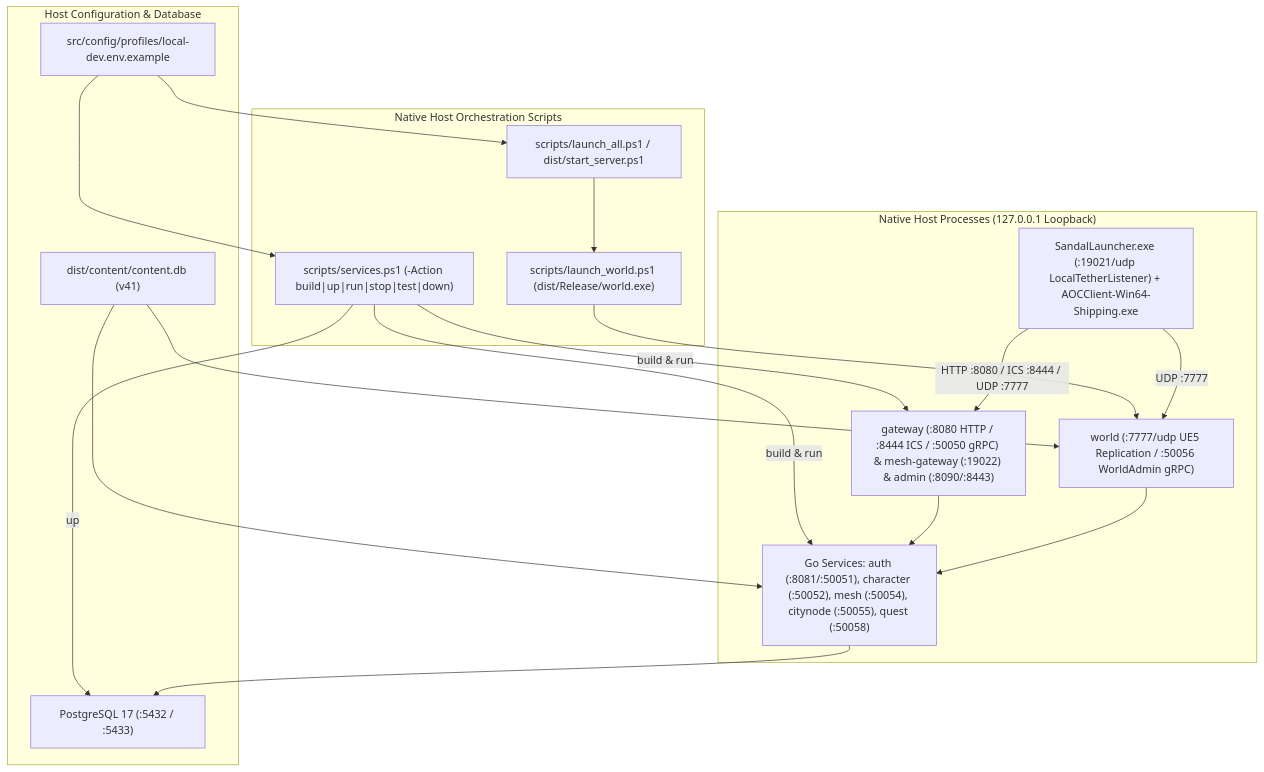
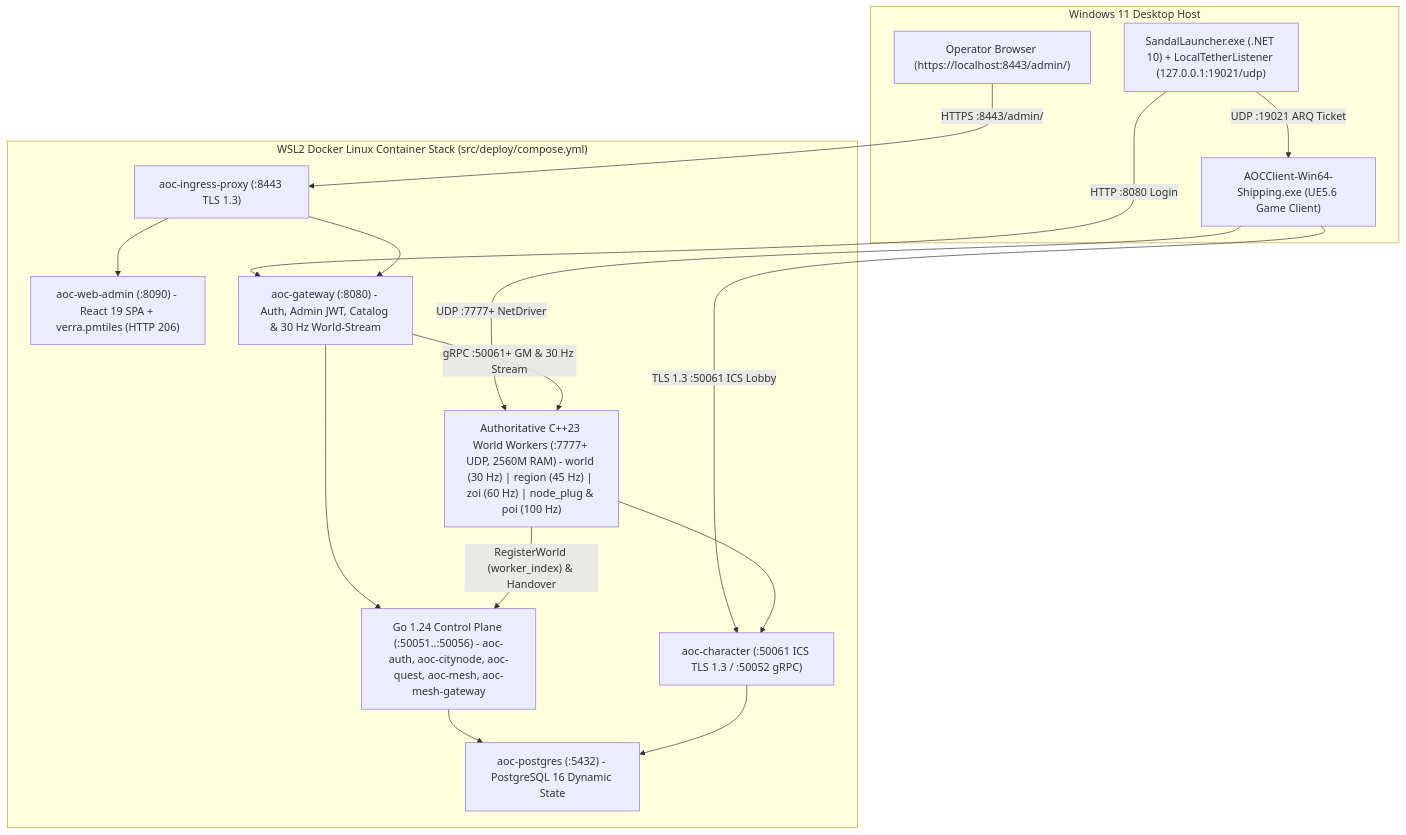
Before and after one commit to debuggin/SandalCore: the second of 2 diagrams in README.md, drawn with Mermaid. The commit also changed other lines of this file and 123 other files, not shown here.

First line of the commit message:
feat(world-admin): add 6-mode partitions, 9x time picker & lv50 seams

````diff
--- a/README.md
+++ b/README.md
@@ -187,36 +146,32 @@
 ```mermaid
-flowchart TD
-    subgraph host_env["Host Configuration & Database"]
-        local_env["src/config/profiles/local-dev.env.example"]
-        pg_host["PostgreSQL 17 (:5432 / :5433)"]
-        content_db["dist/content/content.db (v41)"]
+flowchart TB
+    subgraph WindowsHost["Windows 11 Desktop Host"]
+        UE5["AOCClient-Win64-Shipping.exe (UE5.6 Game Client)"]
+        Launcher["SandalLauncher.exe (.NET 10) + LocalTetherListener (127.0.0.1:19021/udp)"]
+        Browser["Operator Browser (https://localhost:8443/admin/)"]
     end
 
-    subgraph host_scripts["Native Host Orchestration Scripts"]
-        svc_ps1["scripts/services.ps1 (-Action build|up|run|stop|test|down)"]
-        launch_world["scripts/launch_world.ps1 (dist/Release/world.exe)"]
-        launch_all["scripts/launch_all.ps1 / dist/start_server.ps1"]
+    subgraph LinuxContainers["WSL2 Docker Linux Container Stack (src/deploy/compose.yml)"]
+        Ingress["aoc-ingress-proxy (:8443 TLS 1.3)"]
+        WebAdmin["aoc-web-admin (:8090) - React 19 SPA + verra.pmtiles (HTTP 206)"]
+        Gateway["aoc-gateway (:8080) - Auth, Admin JWT, Catalog & 30 Hz World-Stream"]
+        Character["aoc-character (:50061 ICS TLS 1.3 / :50052 gRPC)"]
+        ControlPlane["Go 1.24 Control Plane (:50051..:50056) - aoc-auth, aoc-citynode, aoc-quest, aoc-mesh, aoc-mesh-gateway"]
+        Workers["Authoritative C++23 World Workers (:7777+ UDP, 2560M RAM) - world (30 Hz) | region (45 Hz) | zoi (60 Hz) | node_plug & poi (100 Hz)"]
+        Postgres["aoc-postgres (:5432) - PostgreSQL 16 Dynamic State"]
     end
 
-    subgraph native_procs["Native Host Processes (127.0.0.1 Loopback)"]
-        go_daemons["Go Services: auth (:8081/:50051), character (:50052), mesh (:50054), citynode (:50055), quest (:50058)"]
-        gw_daemon["gateway (:8080 HTTP / :8444 ICS / :50050 gRPC) & mesh-gateway (:19022) & admin (:8090/:8443)"]
-        world_proc["world (:7777/udp UE5 Replication / :50056 WorldAdmin gRPC)"]
-        launcher_proc["SandalLauncher.exe (:19021/udp LocalTetherListener) + AOCClient-Win64-Shipping.exe"]
-    end
-
-    local_env --> svc_ps1
-    local_env --> launch_all
-    svc_ps1 -->|"up"| pg_host
-    svc_ps1 -->|"build & run"| go_daemons
-    svc_ps1 -->|"build & run"| gw_daemon
-    launch_all --> launch_world
-    launch_world --> world_proc
-    content_db --> go_daemons
-    content_db --> world_proc
-    go_daemons --> pg_host
-    gw_daemon --> go_daemons
-    world_proc --> go_daemons
-    launcher_proc -->|"HTTP :8080 / ICS :8444 / UDP :7777"| gw_daemon
-    launcher_proc -->|"UDP :7777"| world_proc
+    Launcher -->|"HTTP :8080 Login"| Gateway
+    Launcher -->|"UDP :19021 ARQ Ticket"| UE5
+    Browser -->|"HTTPS :8443/admin/"| Ingress
+    Ingress --> WebAdmin
+    Ingress --> Gateway
+    UE5 -->|"TLS 1.3 :50061 ICS Lobby"| Character
+    UE5 -->|"UDP :7777+ NetDriver"| Workers
+    Gateway --> ControlPlane
+    Gateway -->|"gRPC :50061+ GM & 30 Hz Stream"| Workers
+    Workers -->|"RegisterWorld (worker_index) & Handover"| ControlPlane
+    Workers --> Character
+    ControlPlane --> Postgres
+    Character --> Postgres
 ```
````
